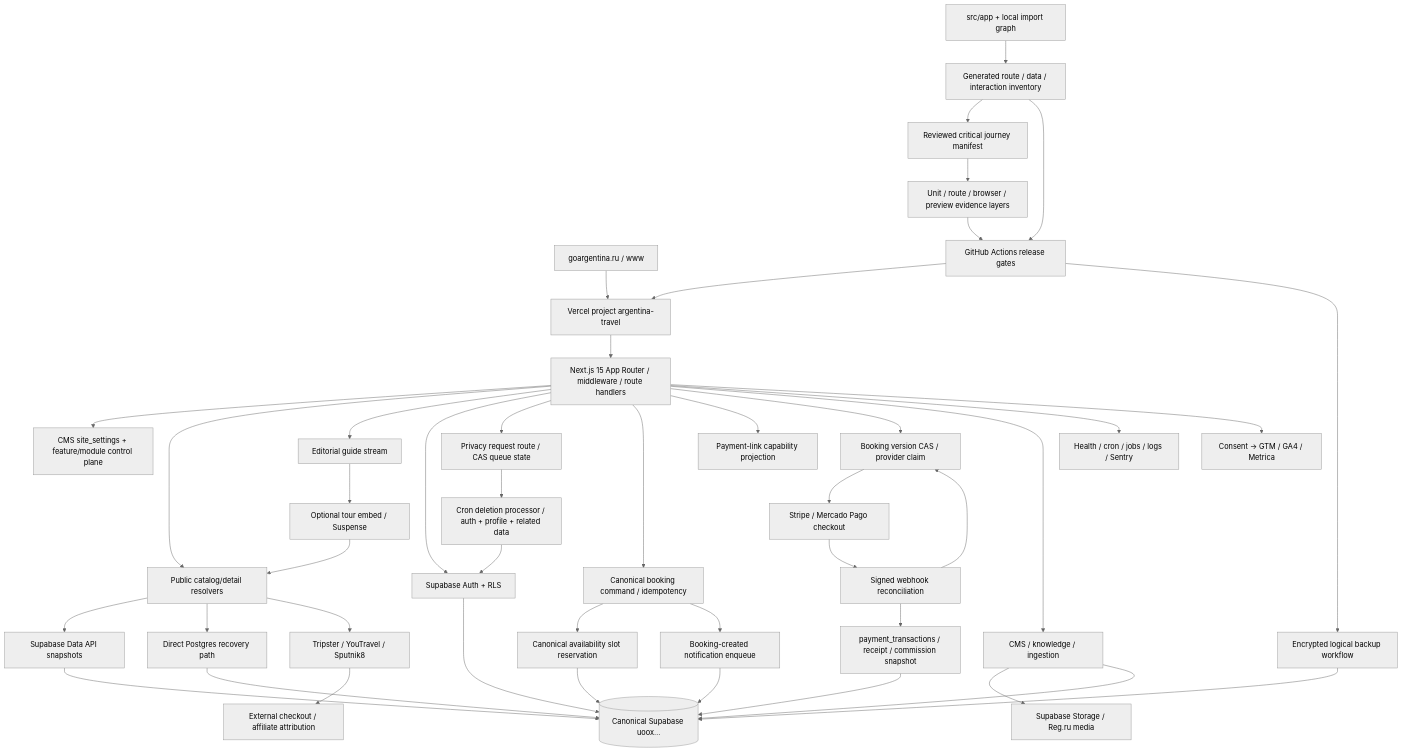
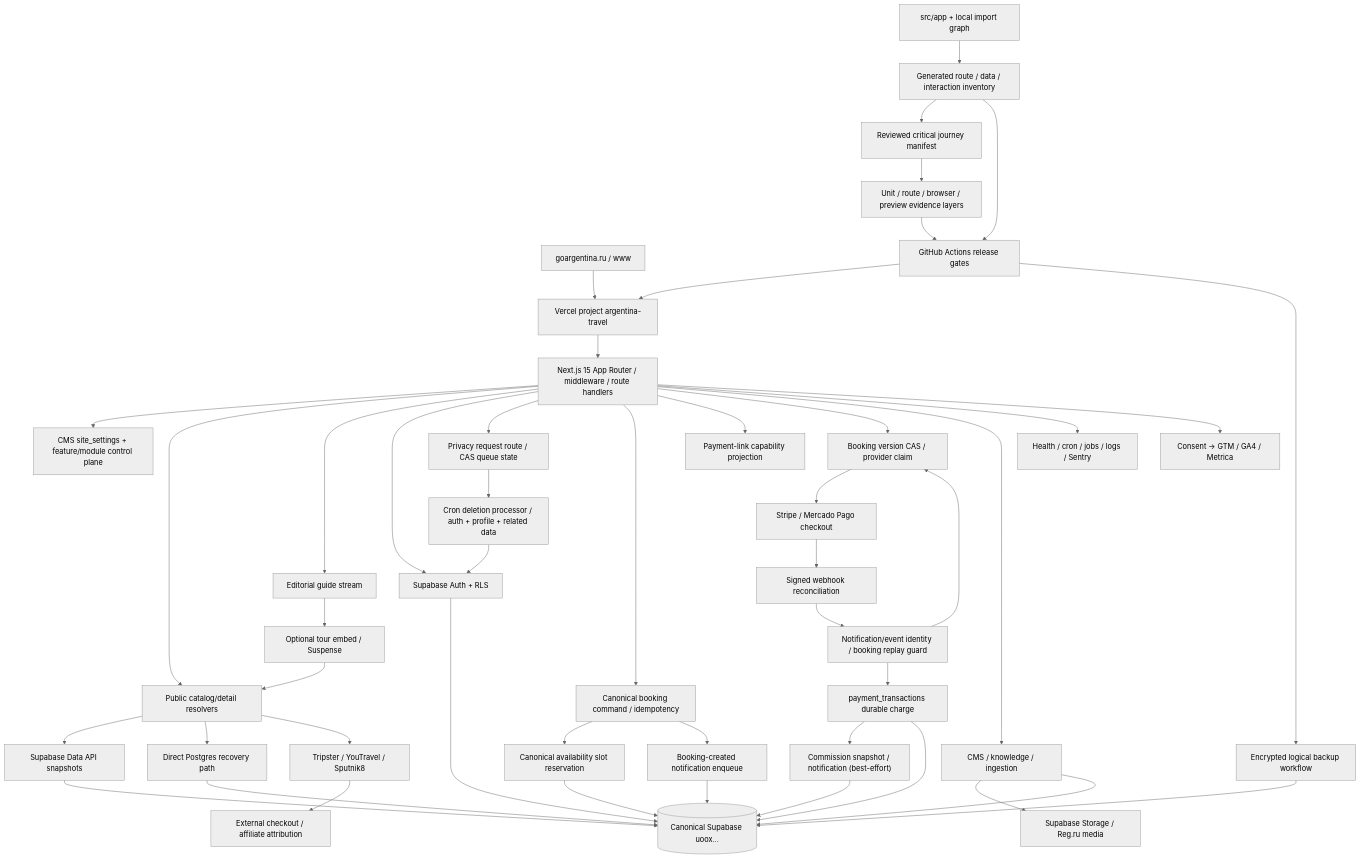
One commit to Evdokimychev/argentina-travel changed the diagram in docs/project-governance/DEPENDENCY_GRAPH.md. Above: the diagram before and after it, drawn with Mermaid (neutral theme). The commit also changed other lines of this file and 8 other files, not shown here.

Commit message:
docs: record WP-012 payment ledger evidence

````diff
--- a/docs/project-governance/DEPENDENCY_GRAPH.md
+++ b/docs/project-governance/DEPENDENCY_GRAPH.md
@@ -5,46 +5,49 @@
 ```mermaid
 flowchart TD
   DNS["goargentina.ru / www"] --> Vercel["Vercel project argentina-travel"]
   Vercel --> Next["Next.js 15 App Router / middleware / route handlers"]
   Next --> Control["CMS site_settings + feature/module control plane"]
   Next --> Resolver["Public catalog/detail resolvers"]
   Next --> Guide["Editorial guide stream"]
   Guide --> Optional["Optional tour embed / Suspense"]
   Optional --> Resolver
   Next --> Auth["Supabase Auth + RLS"]
   Next --> Privacy["Privacy request route / CAS queue state"]
   Next --> BookingCreate["Canonical booking command / idempotency"]
   BookingCreate --> Availability["Canonical availability slot reservation"]
   BookingCreate --> Notify["Booking-created notification enqueue"]
   Availability --> Supabase
   Notify --> Supabase
   Next --> PaymentStatus["Payment-link capability projection"]
   Next --> PaymentClaim["Booking version CAS / provider claim"]
   PaymentClaim --> PayProviders["Stripe / Mercado Pago checkout"]
   PayProviders --> PayWebhook["Signed webhook reconciliation"]
-  PayWebhook --> PaymentClaim
-  PayWebhook --> ChargeLedger["payment_transactions / receipt / commission snapshot"]
+  PayWebhook --> EventIdentity["Notification/event identity / booking replay guard"]
+  EventIdentity --> PaymentClaim
+  EventIdentity --> ChargeLedger["payment_transactions durable charge"]
+  ChargeLedger --> Commission["Commission snapshot / notification (best-effort)"]
   ChargeLedger --> Supabase
+  Commission --> Supabase
   Privacy --> Processor["Cron deletion processor / auth + profile + related data"]
   Processor --> Auth
   Next --> CMS["CMS / knowledge / ingestion"]
   Resolver --> Rest["Supabase Data API snapshots"]
   Resolver --> PG["Direct Postgres recovery path"]
   Resolver --> Partners["Tripster / YouTravel / Sputnik8"]
   Partners --> Affiliate["External checkout / affiliate attribution"]
   CMS --> Storage["Supabase Storage / Reg.ru media"]
   Next --> Ops["Health / cron / jobs / logs / Sentry"]
   Next --> Analytics["Consent → GTM / GA4 / Metrica"]
   GitHub["GitHub Actions release gates"] --> Vercel
   Source["src/app + local import graph"] --> Inventory["Generated route / data / interaction inventory"]
   Inventory --> Critical["Reviewed critical journey manifest"]
   Critical --> Contracts["Unit / route / browser / preview evidence layers"]
   Inventory --> GitHub
   Contracts --> GitHub
   GitHub --> Backup["Encrypted logical backup workflow"]
   Backup --> Supabase[("Canonical Supabase uoox…")]
   Rest --> Supabase
   PG --> Supabase
   Auth --> Supabase
   CMS --> Supabase
 ```
````
